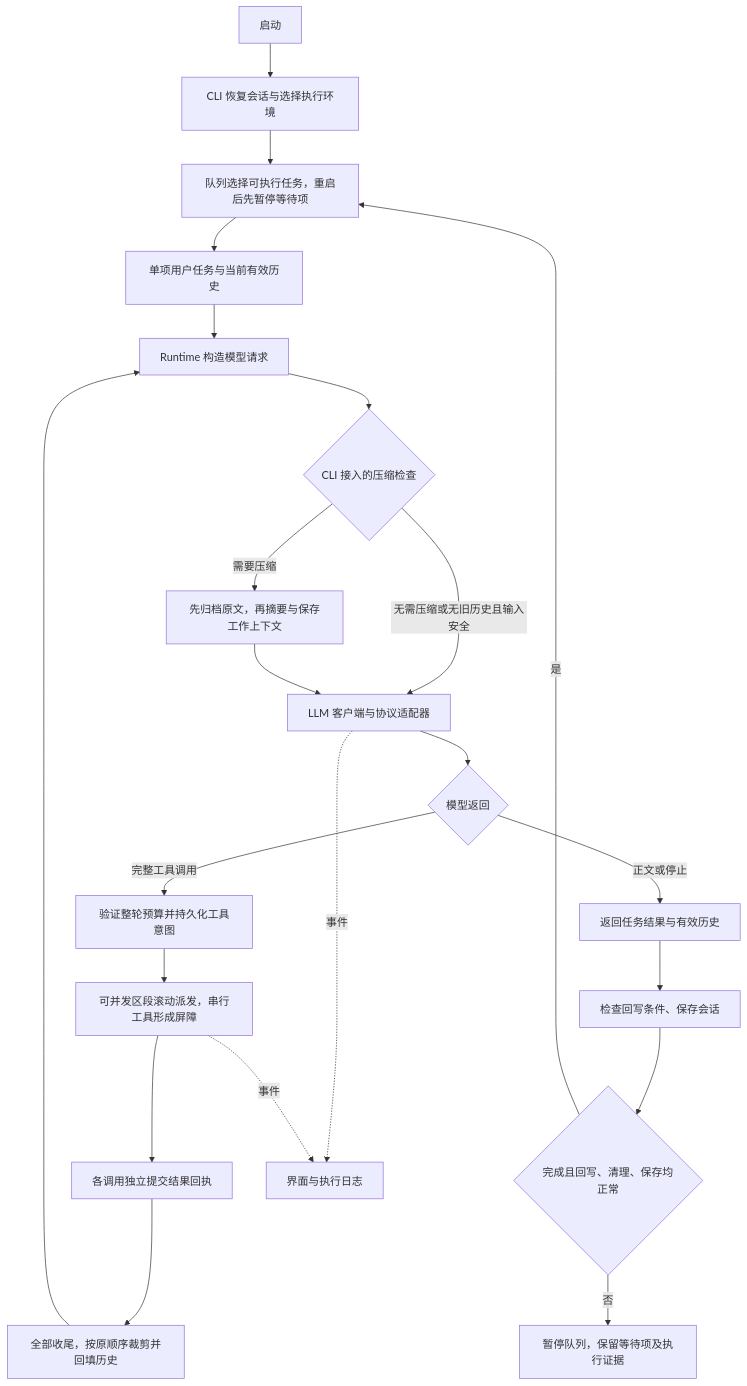
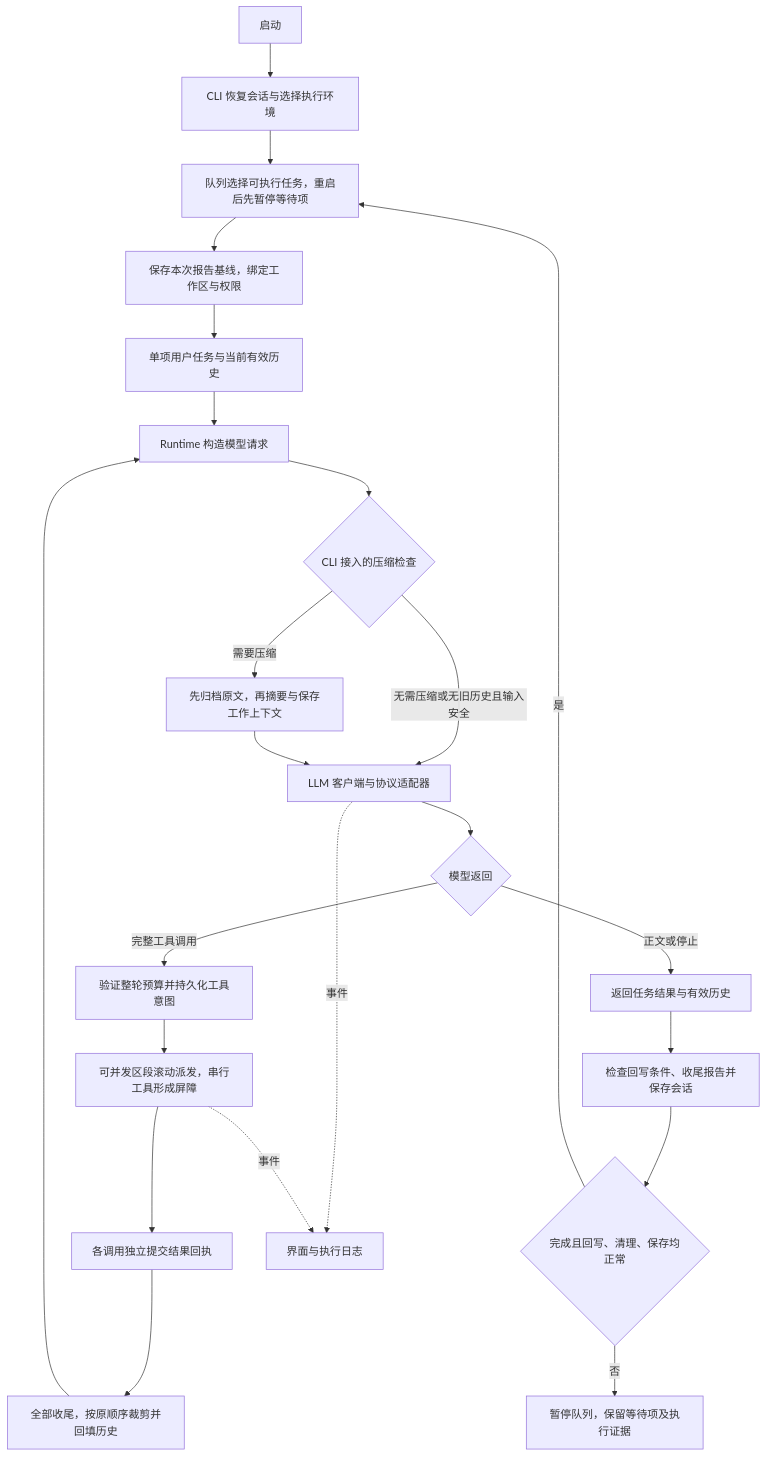
Before and after one commit to Lizhong-Jin/repo_agent: the diagram in Project_Architecture.md, drawn with Mermaid. The commit also changed other lines of this file and 22 other files, not shown here.

````diff
--- a/Project_Architecture.md
+++ b/Project_Architecture.md
@@ -48,24 +51,25 @@
 ```mermaid
 flowchart TD
     A[启动] --> B[CLI 恢复会话与选择执行环境]
     B --> Q[队列选择可执行任务，重启后先暂停等待项]
-    Q --> R[单项用户任务与当前有效历史]
+    Q --> V[保存本次报告基线，绑定工作区与权限]
+    V --> R[单项用户任务与当前有效历史]
     R --> C[Runtime 构造模型请求]
     C --> K{CLI 接入的压缩检查}
     K -->|需要压缩| L[先归档原文，再摘要与保存工作上下文]
     K -->|无需压缩或无旧历史且输入安全| D[LLM 客户端与协议适配器]
     L --> D
     D --> E{模型返回}
     E -->|完整工具调用| P[验证整轮预算并持久化工具意图]
     P --> F[可并发区段滚动派发，串行工具形成屏障]
     F --> W[各调用独立提交结果回执]
     W --> G[全部收尾，按原顺序裁剪并回填历史]
     G --> C
     E -->|正文或停止| H[返回任务结果与有效历史]
-    H --> I[检查回写条件、保存会话]
+    H --> I[检查回写条件、收尾报告并保存会话]
     I --> N{完成且回写、清理、保存均正常}
     N -->|是| Q
     N -->|否| S[暂停队列，保留等待项及执行证据]
     D -.事件.-> J[界面与执行日志]
     F -.事件.-> J
 ```
````
